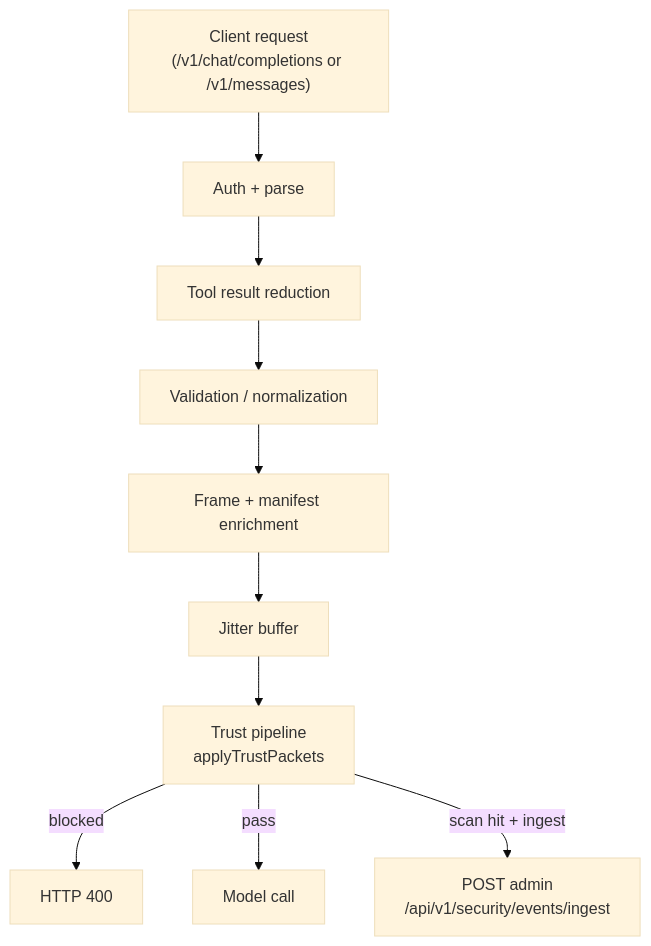
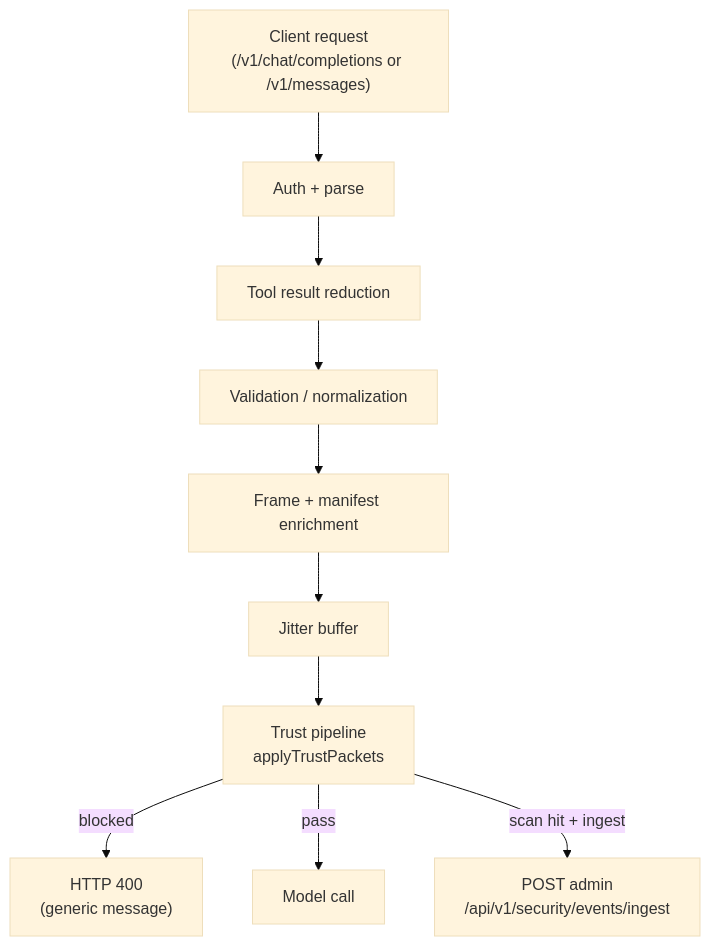
Before and after one commit to supernovae/synesis: the diagram in docs/YARN_TS_CONTEXT_TRUST.md, drawn with Mermaid (base theme). The commit also changed other lines of this file and 29 other files, not shown here.

````diff
--- a/docs/YARN_TS_CONTEXT_TRUST.md
+++ b/docs/YARN_TS_CONTEXT_TRUST.md
@@ -34,12 +35,12 @@
 ```mermaid
 flowchart TD
   REQ["Client request\n(/v1/chat/completions or /v1/messages)"] --> AUTH[Auth + parse]
   AUTH --> REDUCE[Tool result reduction]
   REDUCE --> NORM[Validation / normalization]
   NORM --> ENRICH[Frame + manifest enrichment]
   ENRICH --> JITTER[Jitter buffer]
   JITTER --> TRUST[Trust pipeline\napplyTrustPackets]
-  TRUST -->|blocked| BLOCK[HTTP 400]
+  TRUST -->|blocked| BLOCK["HTTP 400\n(generic message)"]
   TRUST -->|pass| MODEL[Model call]
   TRUST -->|scan hit + ingest| INGEST["POST admin\n/api/v1/security/events/ingest"]
 ```
````
